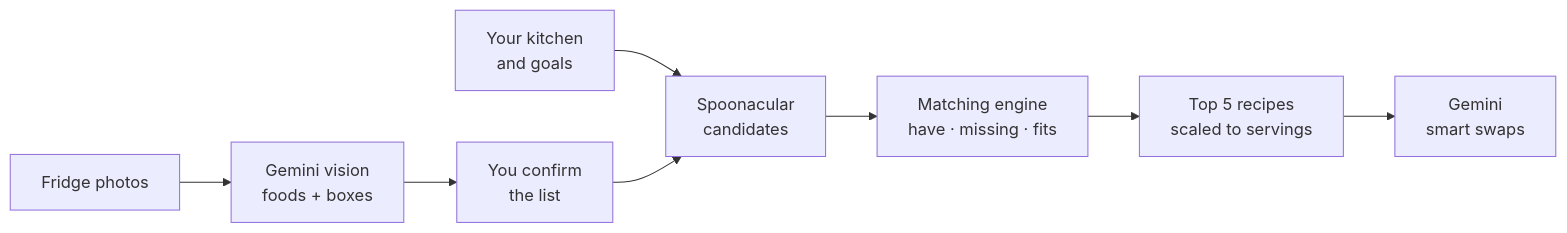
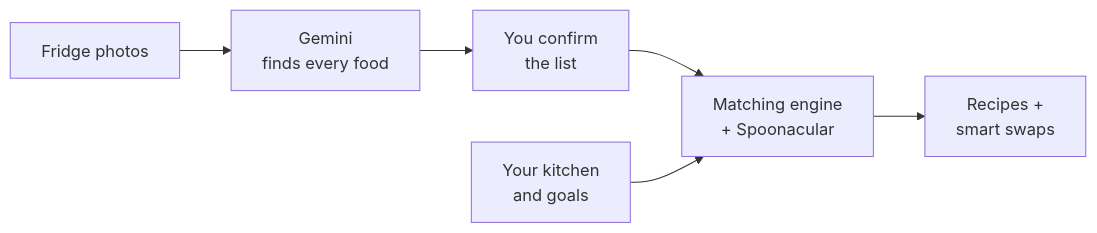
Before and after one commit to Cherriuu/smart-meal-planner: the diagram in README.md, drawn with Mermaid. The commit also changed other lines of this file, not shown here.

````diff
--- a/README.md
+++ b/README.md
@@ -54,10 +44,8 @@
 ```mermaid
 flowchart LR
-    A["Fridge photos"] --> B["Gemini vision<br/>foods + boxes"]
+    A["Fridge photos"] --> B["Gemini<br/>finds every food"]
     B --> C["You confirm<br/>the list"]
-    P["Your kitchen<br/>and goals"] --> D
-    C --> D["Spoonacular<br/>candidates"]
-    D --> E["Matching engine<br/>have · missing · fits"]
-    E --> F["Top 5 recipes<br/>scaled to servings"]
-    F --> G["Gemini<br/>smart swaps"]
+    C --> D["Matching engine<br/>+ Spoonacular"]
+    K["Your kitchen<br/>and goals"] --> D
+    D --> E["Recipes +<br/>smart swaps"]
 ```
````
